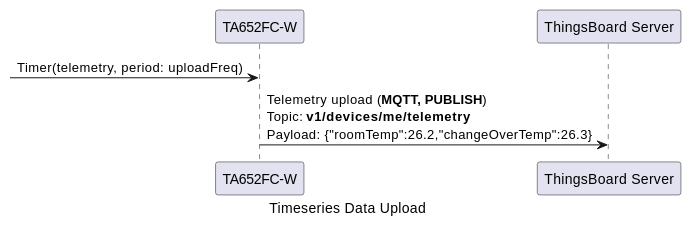
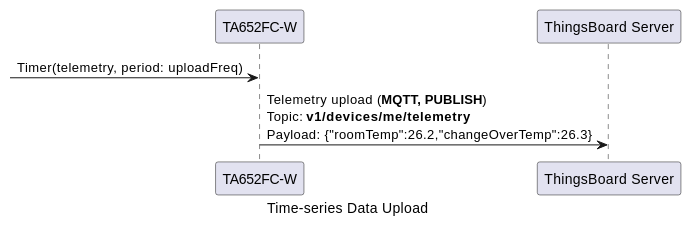
One commit to avantec-iot/avantec-thingsboard changed the second of 17 diagrams in docs/device/ta652fc-w/ta652fc-w-mqtt-api.rst. Above: the diagram before and after it, drawn with PlantUML. The commit also changed other lines of this file and 16 other files, not shown here.

```diff
--- a/docs/device/ta652fc-w/ta652fc-w-mqtt-api.rst
+++ b/docs/device/ta652fc-w/ta652fc-w-mqtt-api.rst
@@ -81,10 +81,10 @@
   .. uml::
 
-    caption  Timeseries Data Upload
+    caption  Time-series Data Upload
 
     participant "TA652FC-W" as TBDev order 10
     participant "ThingsBoard Server"  as TBSrv order 20
 
 
     [-> TBDev: Timer(telemetry, period: uploadFreq)
     TBDev -> TBSrv: Telemetry upload (**MQTT, PUBLISH**) \nTopic: **v1/devices/me/telemetry** \nPayload: {"roomTemp":26.2,"changeOverTemp":26.3}
```
